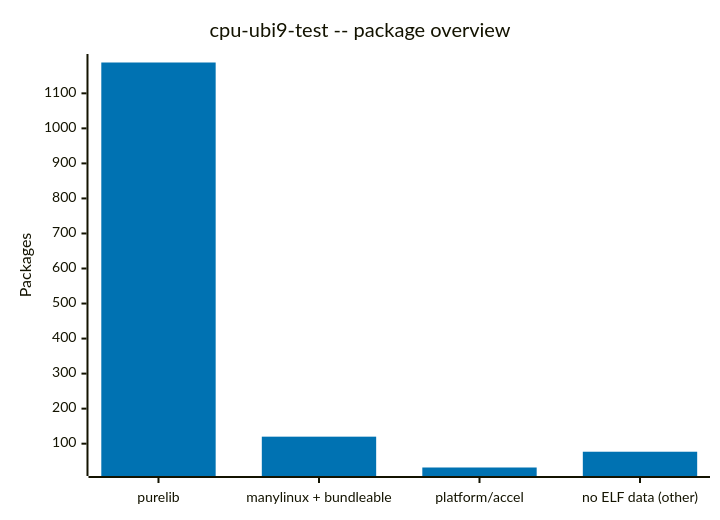
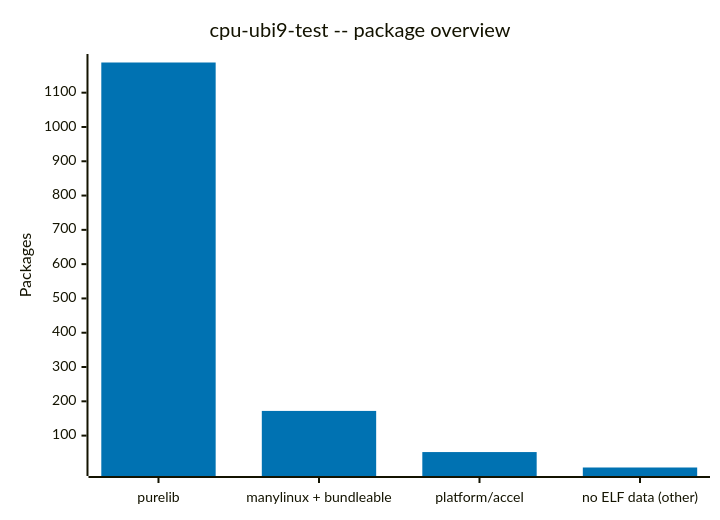
One commit to tiran/sdist-analyzer-results changed the diagram in data/rhoai-3.6-EA1/cpu-ubi9-test/elf-analysis.md. Above: the diagram before and after it, drawn with Mermaid. The commit also changed other lines of this file and 18 other files, not shown here.

````diff
--- a/data/rhoai-3.6-EA1/cpu-ubi9-test/elf-analysis.md
+++ b/data/rhoai-3.6-EA1/cpu-ubi9-test/elf-analysis.md
@@ -25,8 +25,8 @@
 ```mermaid
 %%{init: {"theme": "base", "themeVariables": {"xyChart": {"plotColorPalette": "#0072B2, #009E73, #D55E00, #999999"}}}}%%
 xychart-beta
     title "cpu-ubi9-test -- package overview"
     x-axis ["purelib", "manylinux + bundleable", "platform/accel", "no ELF data (other)"]
     y-axis "Packages"
-    bar [1188, 120, 32, 77]
+    bar [1188, 172, 52, 7]
 ```
````
